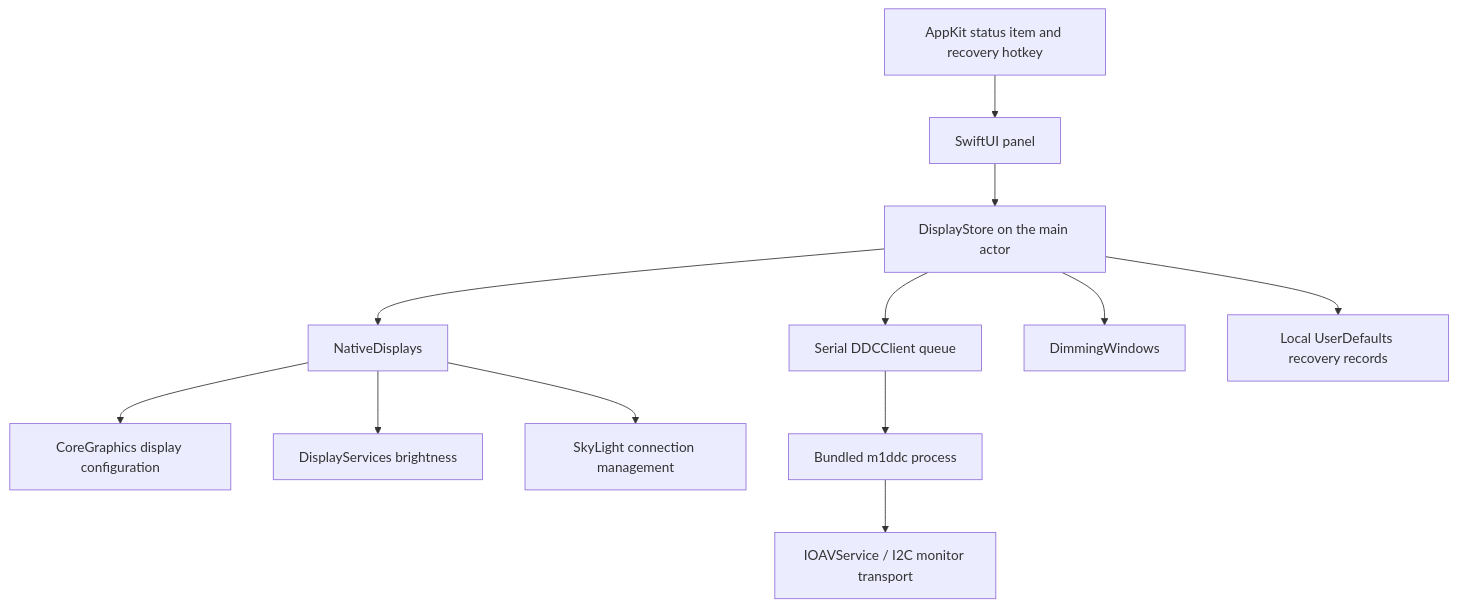
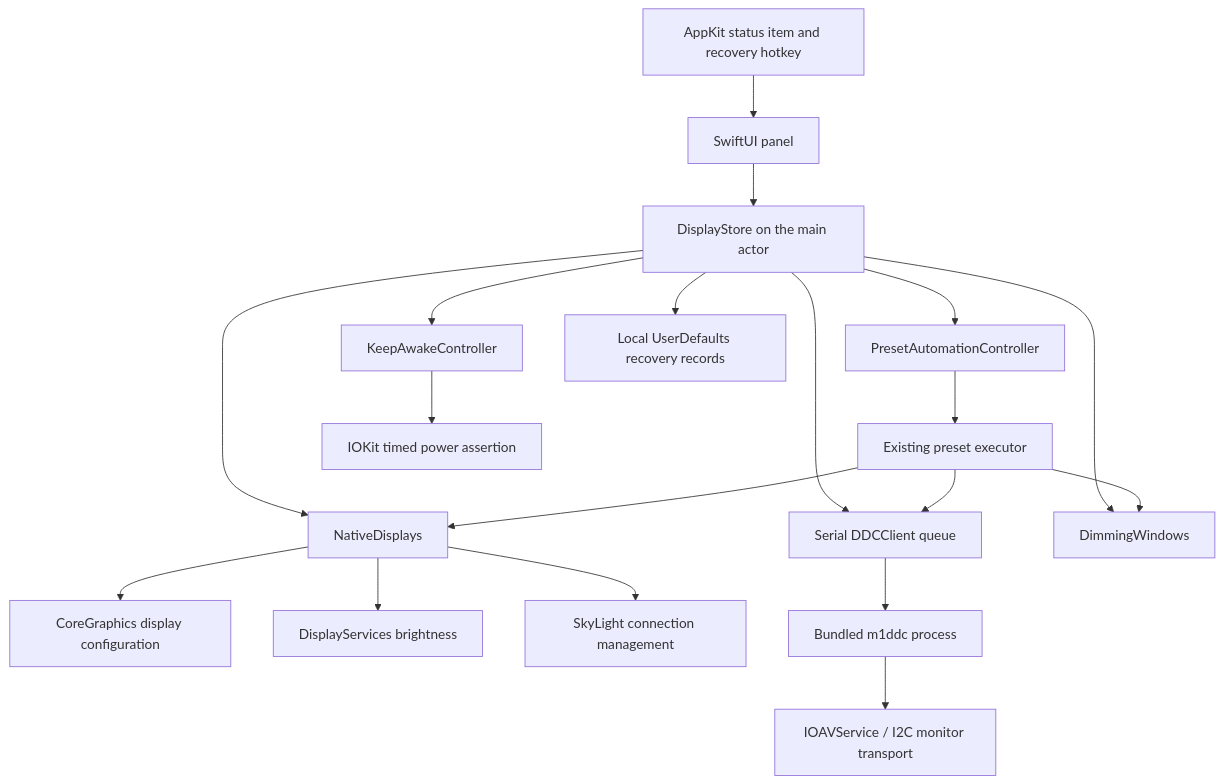
One commit to albert2704/display-mini changed the diagram in docs/ARCHITECTURE.md. Above: the diagram before and after it, drawn with Mermaid. The commit also changed other lines of this file and 18 other files, not shown here.

````diff
--- a/docs/ARCHITECTURE.md
+++ b/docs/ARCHITECTURE.md
@@ -5,14 +5,21 @@
 ```mermaid
 flowchart TD
   Status[AppKit status item and recovery hotkey] --> Panel[SwiftUI panel]
   Panel --> Store[DisplayStore on the main actor]
   Store --> Native[NativeDisplays]
   Store --> DDC[Serial DDCClient queue]
   Store --> Dim[DimmingWindows]
+  Store --> Schedules[PresetAutomationController]
+  Schedules --> Executor[Existing preset executor]
+  Executor --> DDC
+  Executor --> Native
+  Executor --> Dim
+  Store --> Awake[KeepAwakeController]
+  Awake --> Power[IOKit timed power assertion]
   Native --> CG[CoreGraphics display configuration]
   Native --> DS[DisplayServices brightness]
   Native --> SL[SkyLight connection management]
   DDC --> Helper[Bundled m1ddc process]
   Helper --> IO[IOAVService / I2C monitor transport]
   Store --> Prefs[Local UserDefaults recovery records]
 ```
````
